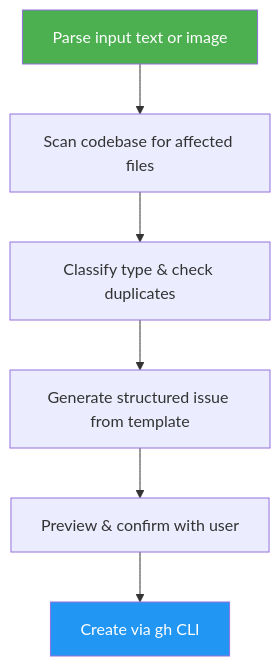
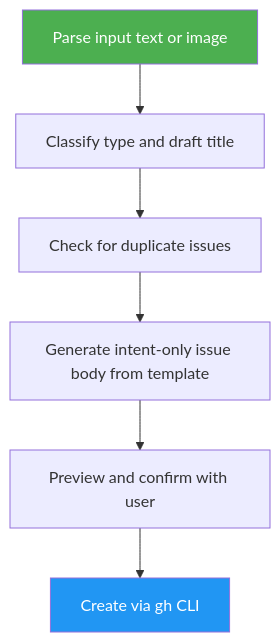
The first of 2 diagrams in skills/issue-creator/README.md (luongnv89/idd), drawn with Mermaid before and after one commit. The commit also changed other lines of this file and 1 other file, not shown here.

First line of the commit message:
docs(issue-creator): rewrite README and SKILL.md to intent-only language (#31) (#39)

````diff
--- a/skills/issue-creator/README.md
+++ b/skills/issue-creator/README.md
@@ -25,10 +36,10 @@
 ```mermaid
 graph TD
-    A["Parse input text or image"] --> B["Scan codebase for affected files"]
-    B --> C["Classify type & check duplicates"]
-    C --> D["Generate structured issue from template"]
-    D --> E["Preview & confirm with user"]
+    A["Parse input text or image"] --> B["Classify type and draft title"]
+    B --> C["Check for duplicate issues"]
+    C --> D["Generate intent-only issue body from template"]
+    D --> E["Preview and confirm with user"]
     E --> F["Create via gh CLI"]
     style A fill:#4CAF50,color:#fff
     style F fill:#2196F3,color:#fff
 ```
````
